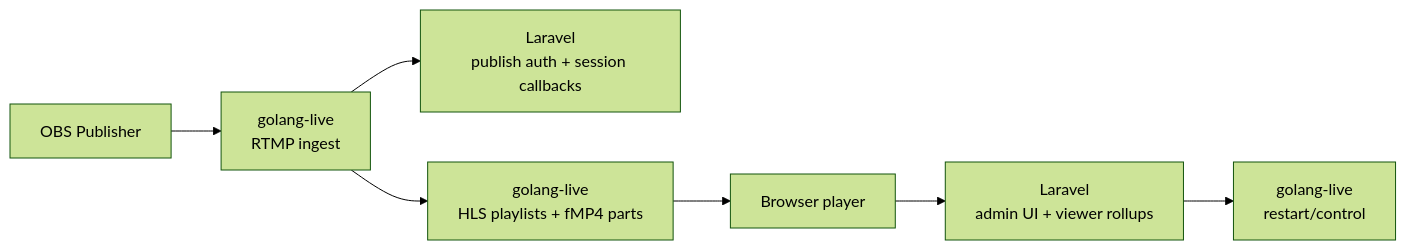
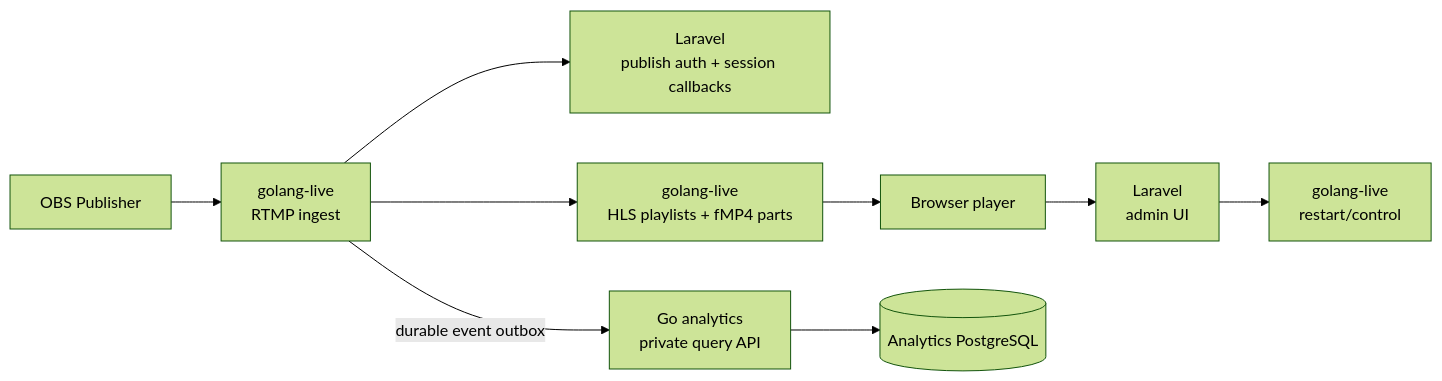
One commit to saturngod/oxygen changed the first of 7 diagrams in README.md. Above: the diagram before and after it, drawn with Mermaid (forest theme). The commit also changed other lines of this file and 59 other files, not shown here.

````diff
--- a/README.md
+++ b/README.md
@@ -48,9 +50,11 @@
 ```mermaid
 graph LR
     OBS[OBS Publisher] --> RTMP[golang-live<br/>RTMP ingest]
     RTMP --> AUTH[Laravel<br/>publish auth + session callbacks]
     RTMP --> HLS[golang-live<br/>HLS playlists + fMP4 parts]
     HLS --> PLAYER[Browser player]
-    PLAYER --> ADMIN[Laravel<br/>admin UI + viewer rollups]
+    PLAYER --> ADMIN[Laravel<br/>admin UI]
     ADMIN --> CONTROL[golang-live<br/>restart/control]
+    RTMP -->|durable event outbox| ANALYTICS[Go analytics<br/>private query API]
+    ANALYTICS --> ANALYTICSDB[(Analytics PostgreSQL)]
 ```
````
